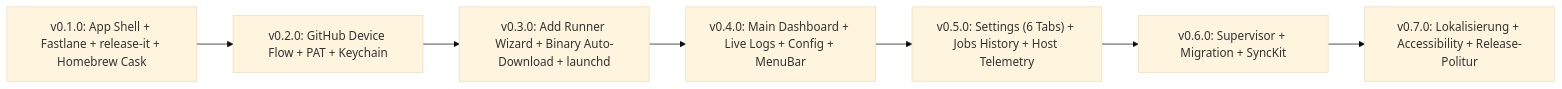
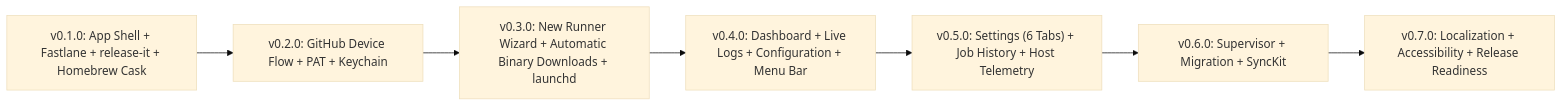
The diagram in docs/README.md (loesch-digital/octorunner), drawn with Mermaid (base theme) before and after one commit. The commit also changed other lines of this file and 43 other files, not shown here.

````diff
--- a/docs/README.md
+++ b/docs/README.md
@@ -49,9 +49,9 @@
 ```mermaid
 flowchart LR
     v01["v0.1.0: App Shell + Fastlane + release-it + Homebrew Cask"] --> v02["v0.2.0: GitHub Device Flow + PAT + Keychain"]
-    v02 --> v03["v0.3.0: Add Runner Wizard + Binary Auto-Download + launchd"]
-    v03 --> v04["v0.4.0: Main Dashboard + Live Logs + Config + MenuBar"]
-    v04 --> v05["v0.5.0: Settings (6 Tabs) + Jobs History + Host Telemetry"]
+    v02 --> v03["v0.3.0: New Runner Wizard + Automatic Binary Downloads + launchd"]
+    v03 --> v04["v0.4.0: Dashboard + Live Logs + Configuration + Menu Bar"]
+    v04 --> v05["v0.5.0: Settings (6 Tabs) + Job History + Host Telemetry"]
     v05 --> v06["v0.6.0: Supervisor + Migration + SyncKit"]
-    v06 --> v07["v0.7.0: Lokalisierung + Accessibility + Release-Politur"]
+    v06 --> v07["v0.7.0: Localization + Accessibility + Release Readiness"]
 ```
````
